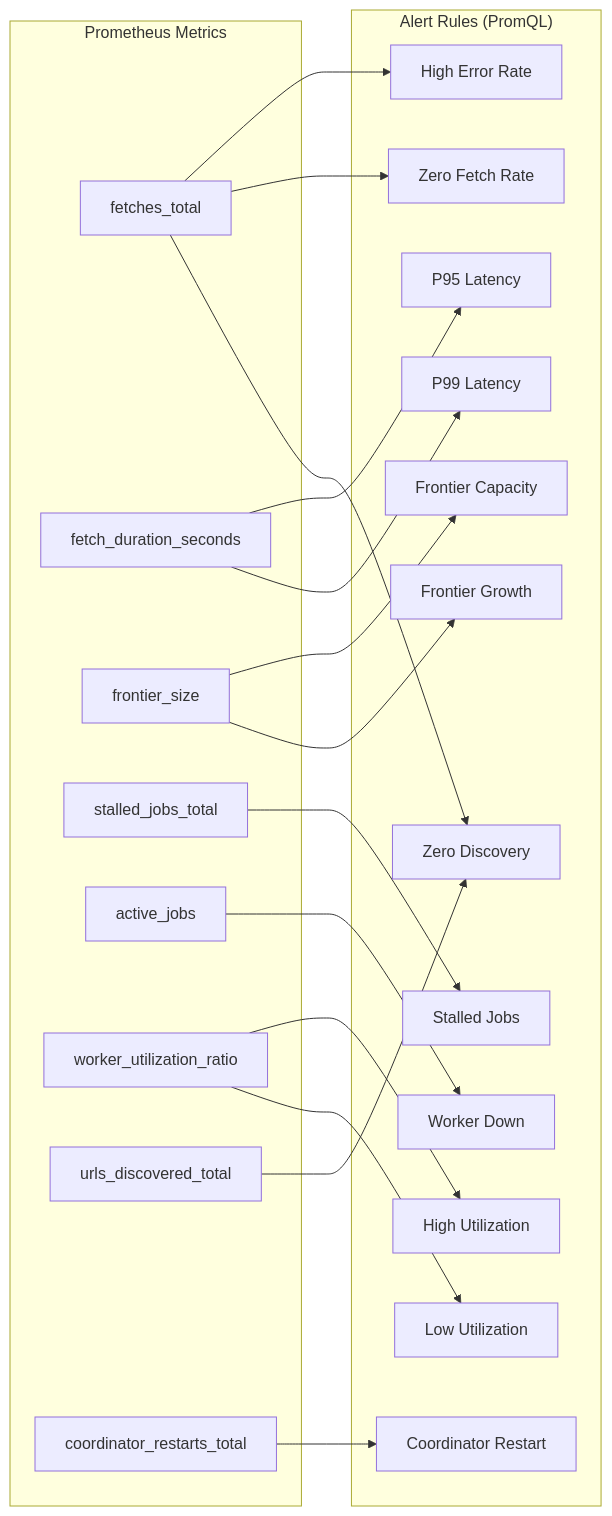
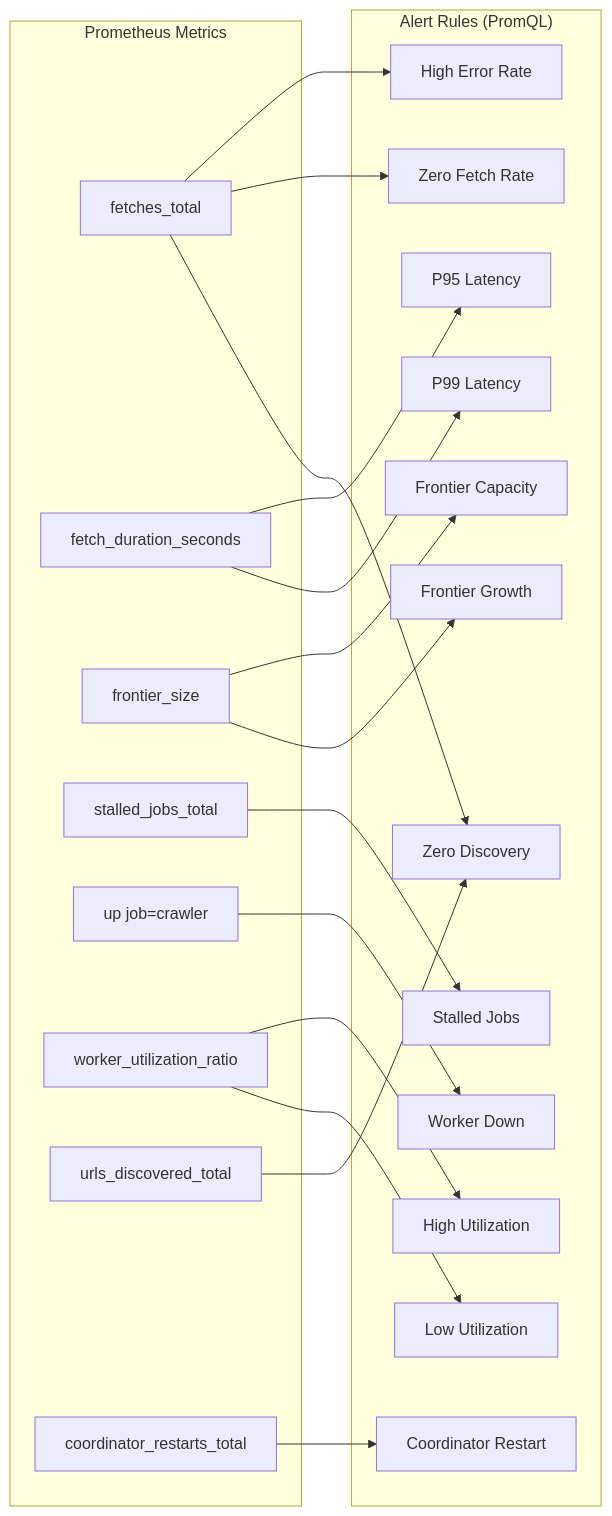
The diagram in docs/specs/alerting/design.md (r-irbe/octupus-crawler), drawn with Mermaid before and after one commit. The commit also changed other lines of this file and 1 other file, not shown here.

````diff
--- a/docs/specs/alerting/design.md
+++ b/docs/specs/alerting/design.md
@@ -10,42 +10,42 @@
 ```mermaid
 graph LR
     subgraph Metrics["Prometheus Metrics"]
         FT[fetches_total]
         FD[fetch_duration_seconds]
         FS[frontier_size]
         SJ[stalled_jobs_total]
-        AJ[active_jobs]
+        UP[up job=crawler]
         WU[worker_utilization_ratio]
         UD[urls_discovered_total]
         CR[coordinator_restarts_total]
     end
 
     subgraph Rules["Alert Rules (PromQL)"]
         R1[High Error Rate]
         R2[Zero Fetch Rate]
         R3[Stalled Jobs]
         R4[P95 Latency]
         R5[P99 Latency]
         R6[Frontier Capacity]
         R7[Frontier Growth]
         R8[High Utilization]
         R9[Low Utilization]
         R10[Worker Down]
         R11[Coordinator Restart]
         R12[Zero Discovery]
     end
 
     FT --> R1
     FT --> R2
     SJ --> R3
     FD --> R4
     FD --> R5
     FS --> R6
     FS --> R7
     WU --> R8
     WU --> R9
-    AJ --> R10
+    UP --> R10
     CR --> R11
     UD --> R12
     FT --> R12
 ```
````
